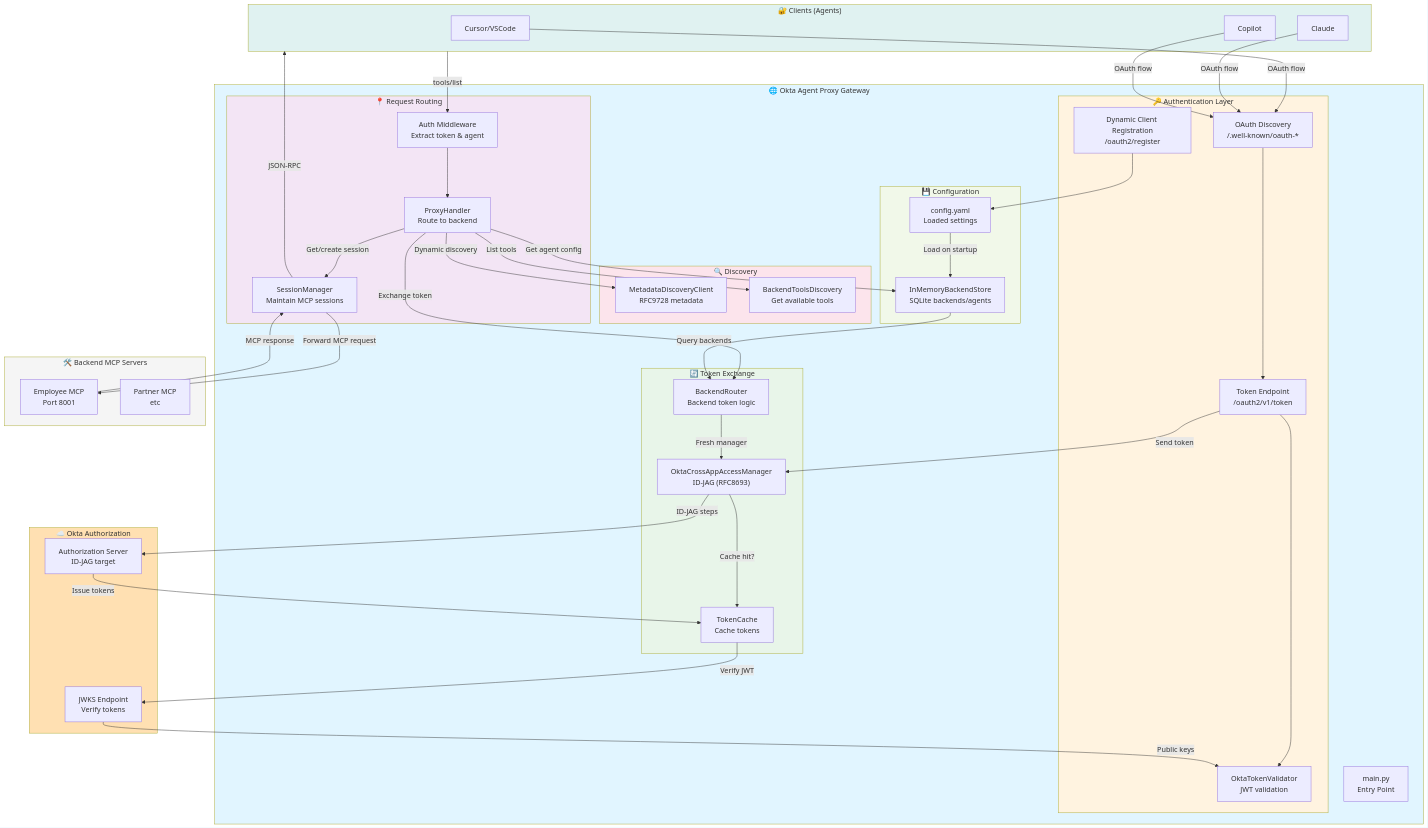
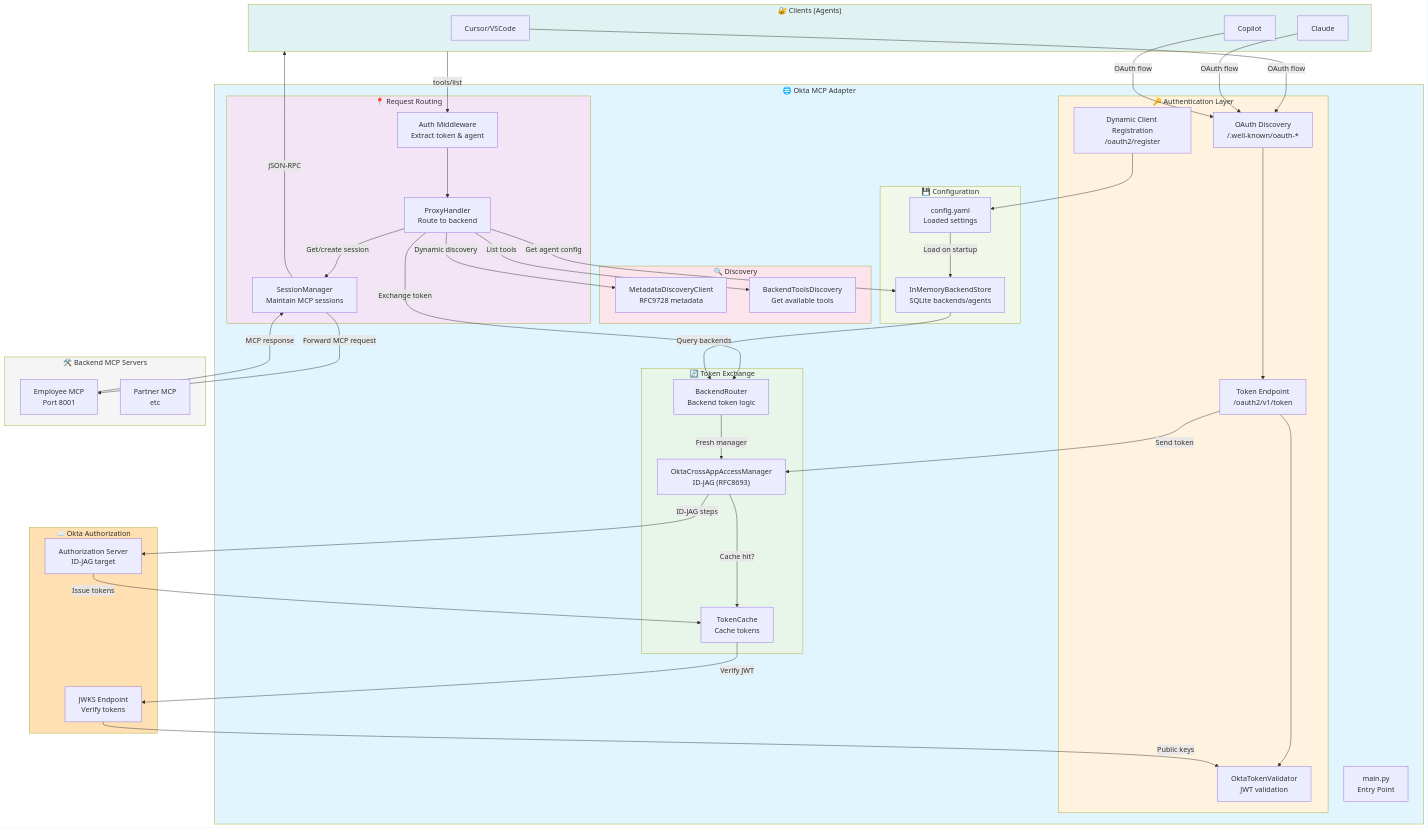
One commit to indranilokg/okta-agent-mcp-adapter changed the first of 4 diagrams in GATEWAY_ARCHITECTURE.md. Above: the diagram before and after it, drawn with Mermaid. The commit also changed other lines of this file, not shown here.

Commit message:
Sequence Flow

```diff
--- a/GATEWAY_ARCHITECTURE.md
+++ b/GATEWAY_ARCHITECTURE.md
@@ -10,7 +10,7 @@
         Copilot["Copilot"]
     end
 
-    subgraph Gateway["🌐 Okta Agent Proxy Gateway"]
+    subgraph Adapter["🌐 Okta MCP Adapter"]
         Main["main.py<br/>Entry Point"]
         
         subgraph Auth["🔑 Authentication Layer"]
@@ -89,7 +89,7 @@
     AuthServer -->|Issue tokens| Cache
     JWKS -->|Public keys| Validator
     
-    style Gateway fill:#e1f5ff
+    style Adapter fill:#e1f5ff
     style Auth fill:#fff3e0
     style Routing fill:#f3e5f5
     style Exchange fill:#e8f5e9
```
